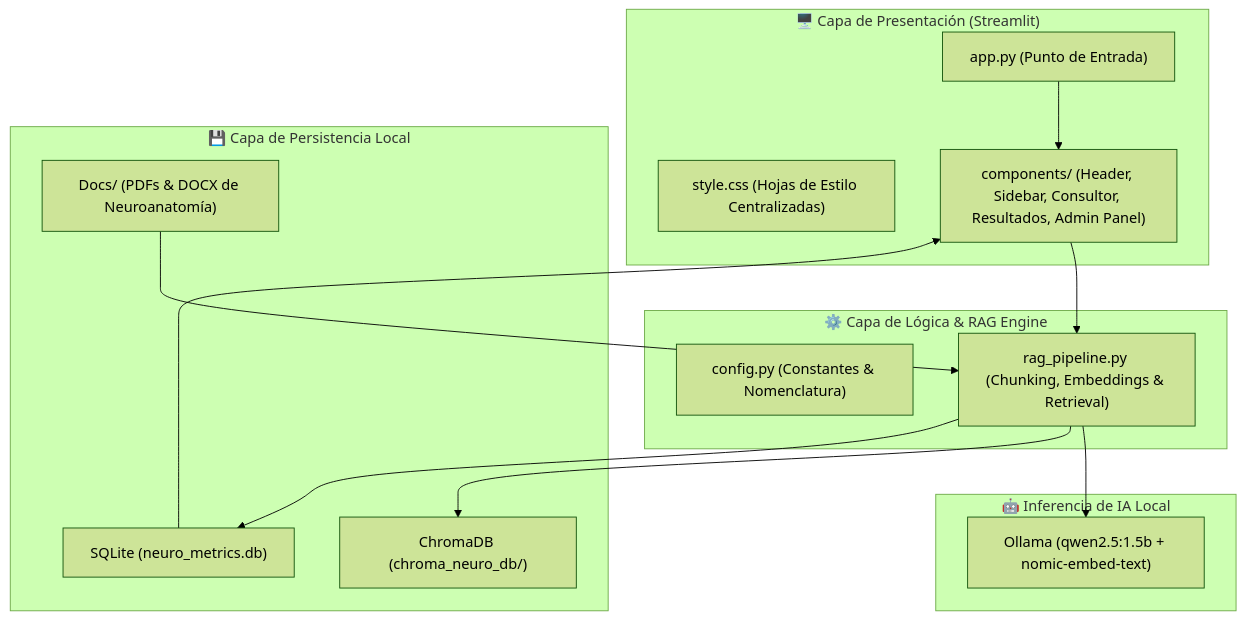
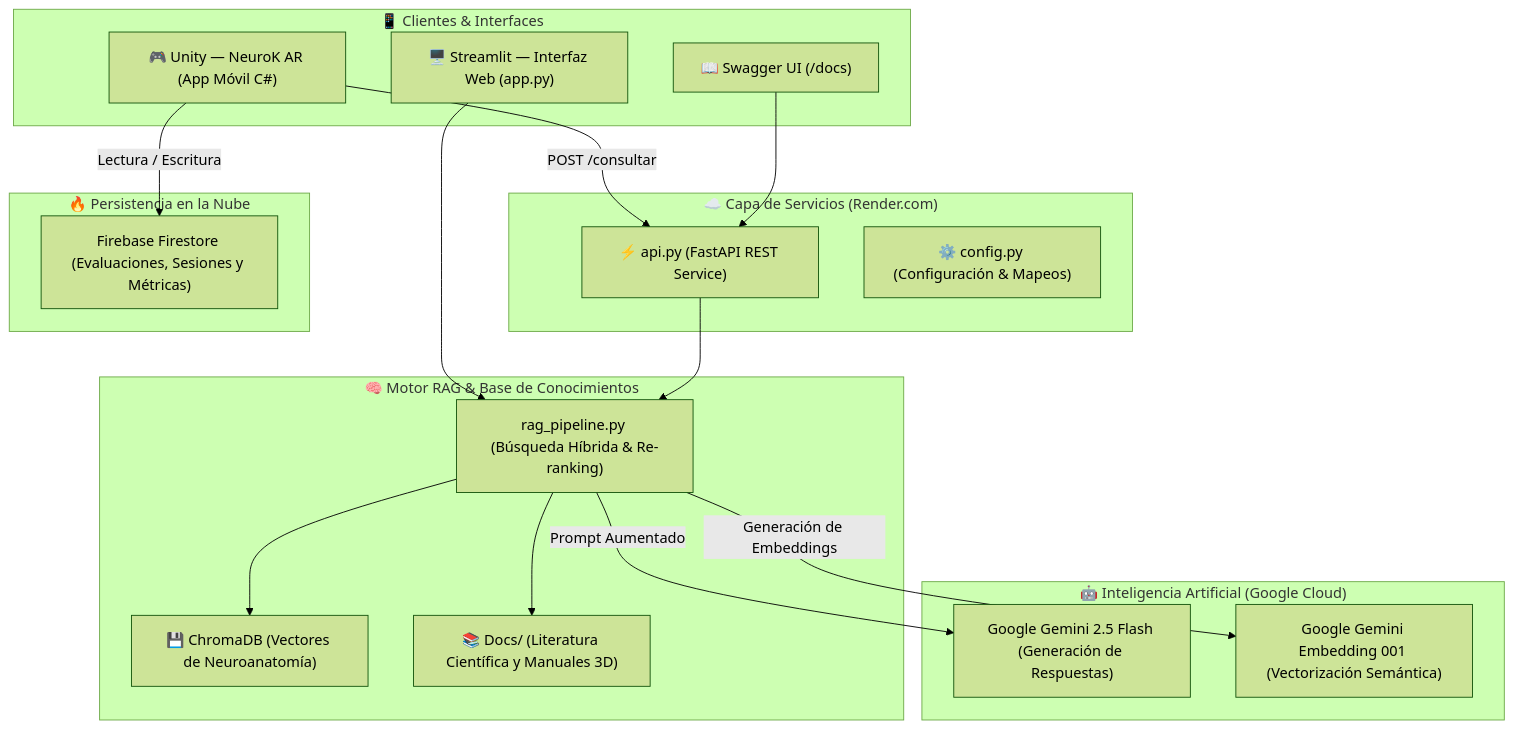
Before and after one commit to Vivi271/Atena: the diagram in README.md, drawn with Mermaid (forest theme). The commit also changed other lines of this file, not shown here.

Commit message:
docs: actualizar README con arquitectura moderna de nube, endpoints y manual

````diff
--- a/README.md
+++ b/README.md
@@ -20,31 +22,38 @@
 ```mermaid
 flowchart TD
-    subgraph Frontend ["🖥️ Capa de Presentación (Streamlit)"]
-        UI["app.py (Punto de Entrada)"]
-        CSS["style.css (Hojas de Estilo Centralizadas)"]
-        COMP["components/ (Header, Sidebar, Consultor, Resultados, Admin Panel)"]
+    subgraph Clientes ["📱 Clientes & Interfaces"]
+        UNITY["🎮 Unity — NeuroK AR (App Móvil C#)"]
+        WEB["🖥️ Streamlit — Interfaz Web (app.py)"]
+        DOCS_UI["📖 Swagger UI (/docs)"]
     end
 
-    subgraph Backend ["⚙️ Capa de Lógica & RAG Engine"]
-        CONF["config.py (Constantes & Nomenclatura)"]
-        RAG["rag_pipeline.py (Chunking, Embeddings & Retrieval)"]
+    subgraph API_Layer ["☁️ Capa de Servicios (Render.com)"]
+        API["⚡ api.py (FastAPI REST Service)"]
+        CONF["⚙️ config.py (Configuración & Mapeos)"]
     end
 
-    subgraph Storage ["💾 Capa de Persistencia Local"]
-        VEC["ChromaDB (chroma_neuro_db/)"]
-        SQL["SQLite (neuro_metrics.db)"]
-        DOCS["Docs/ (PDFs & DOCX de Neuroanatomía)"]
+    subgraph RAG_Engine ["🧠 Motor RAG & Base de Conocimientos"]
+        RAG["rag_pipeline.py (Búsqueda Híbrida & Re-ranking)"]
+        CHROMA["💾 ChromaDB (Vectores de Neuroanatomía)"]
+        DOCS["📚 Docs/ (Literatura Científica y Manuales 3D)"]
     end
 
-    subgraph LLM ["🤖 Inferencia de IA Local"]
-        OLL["Ollama (qwen2.5:1.5b + nomic-embed-text)"]
+    subgraph AI_Cloud ["🤖 Inteligencia Artificial (Google Cloud)"]
+        LLM["Google Gemini 2.5 Flash (Generación de Respuestas)"]
+        EMB["Google Gemini Embedding 001 (Vectorización Semántica)"]
     end
 
-    UI --> COMP
-    COMP --> RAG
-    DOCS --> RAG
-    RAG --> OLL
-    RAG --> VEC
-    RAG --> SQL
-    SQL --> COMP
+    subgraph Persistence ["🔥 Persistencia en la Nube"]
+        FIREBASE["Firebase Firestore (Evaluaciones, Sesiones y Métricas)"]
+    end
+
+    UNITY -->|POST /consultar| API
+    UNITY -->|Lectura / Escritura| FIREBASE
+    WEB --> RAG
+    DOCS_UI --> API
+    API --> RAG
+    RAG --> CHROMA
+    RAG --> DOCS
+    RAG -->|Prompt Aumentado| LLM
+    RAG -->|Generación de Embeddings| EMB
 ```
````
